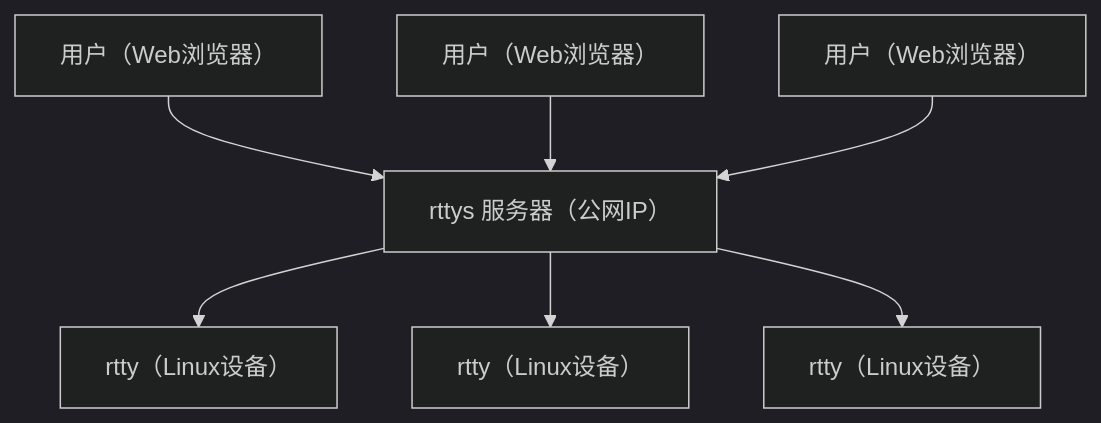
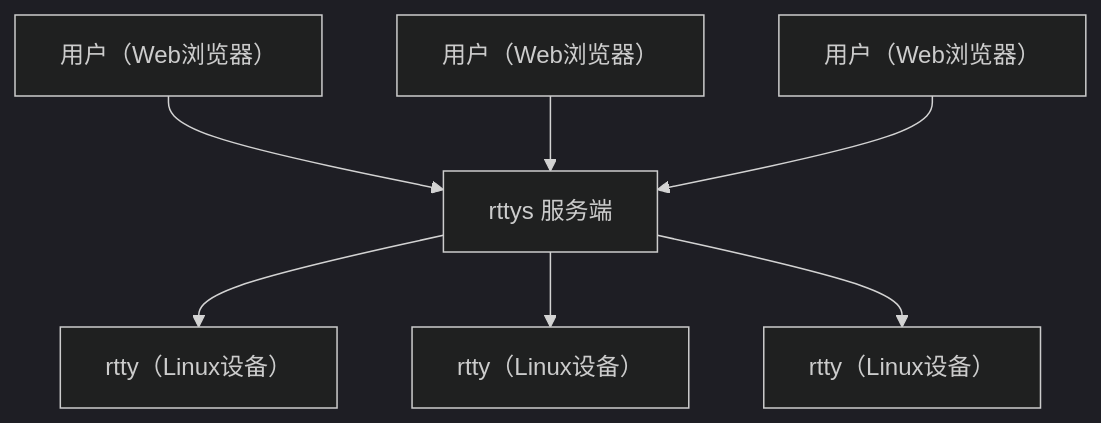
One commit to zhaojh329/rtty changed the diagram in README_ZH.md. Above: the diagram before and after it, drawn with Mermaid (dark theme). The commit also changed other lines of this file and 2 other files, not shown here.

````diff
--- a/README_ZH.md
+++ b/README_ZH.md
@@ -43,10 +39,10 @@
 ```mermaid
 flowchart TB
-s[rttys 服务器（公网IP）]
+s["rttys 服务端"]
 u1["用户（Web浏览器）"] --> s
 u2["用户（Web浏览器）"] --> s
 u3["用户（Web浏览器）"] --> s
 s --> c1["rtty（Linux设备）"]
 s --> c2["rtty（Linux设备）"]
 s --> c3["rtty（Linux设备）"]
 ```
````
